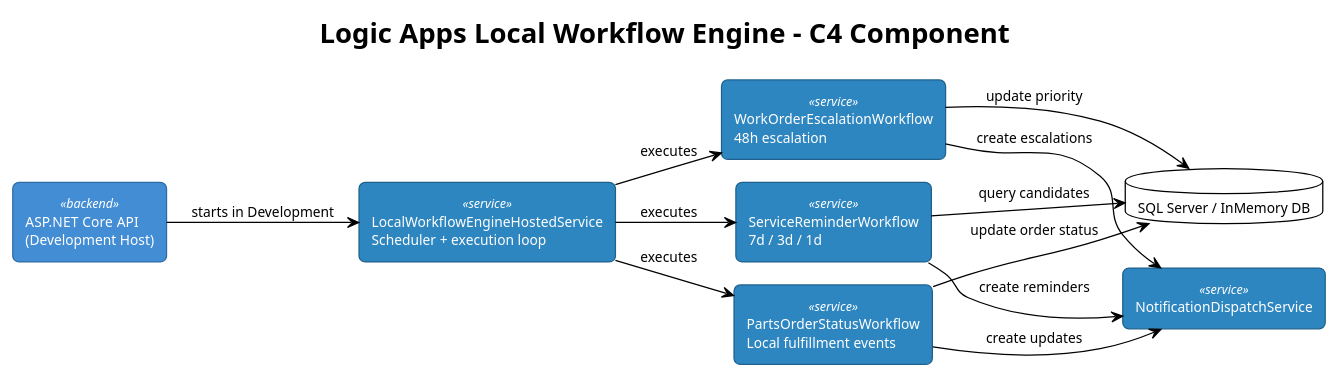
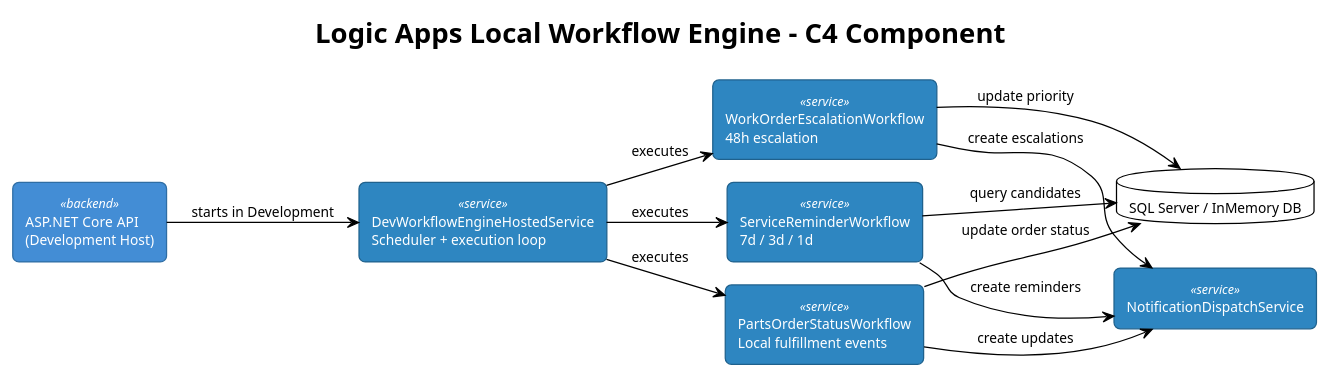
The diagram in docs/detailed-designs/19-logic-apps-local-workflow-engine/diagrams/c4_component.puml (QuinntyneBrown/Toromont), drawn with PlantUML before and after one commit. The commit also changed 13 other files, not shown here.

First line of the commit message:
docs: update detailed designs 19-21, create design 22 (Azure Functions local dev)

```diff
--- a/docs/detailed-designs/19-logic-apps-local-workflow-engine/diagrams/c4_component.puml
+++ b/docs/detailed-designs/19-logic-apps-local-workflow-engine/diagrams/c4_component.puml
@@ -1,44 +1,44 @@
 @startuml c4_component
 !theme plain
 !pragma layout smetana
 left to right direction
 skinparam shadowing false
 skinparam defaultFontSize 11
 skinparam rectangle {
   RoundCorner 10
   StereotypeFontSize 10
 }
 
 title Logic Apps Local Workflow Engine - C4 Component
 
 skinparam rectangle<<backend>> {
   BackgroundColor #438DD5
   FontColor white
   BorderColor #2E6DA4
 }
 skinparam rectangle<<service>> {
   BackgroundColor #2E86C1
   FontColor white
   BorderColor #1F618D
 }
 
 rectangle "ASP.NET Core API\n(Development Host)" <<backend>> as api
-rectangle "LocalWorkflowEngineHostedService\nScheduler + execution loop" <<service>> as host
+rectangle "DevWorkflowEngineHostedService\nScheduler + execution loop" <<service>> as host
 rectangle "ServiceReminderWorkflow\n7d / 3d / 1d" <<service>> as reminder
 rectangle "WorkOrderEscalationWorkflow\n48h escalation" <<service>> as escalation
 rectangle "PartsOrderStatusWorkflow\nLocal fulfillment events" <<service>> as parts
 rectangle "NotificationDispatchService" <<service>> as notif
 database "SQL Server / InMemory DB" as db
 
 api --> host : starts in Development
 host --> reminder : executes
 host --> escalation : executes
 host --> parts : executes
 reminder --> db : query candidates
 escalation --> db : update priority
 parts --> db : update order status
 reminder --> notif : create reminders
 escalation --> notif : create escalations
 parts --> notif : create updates
 
 @enduml
```
